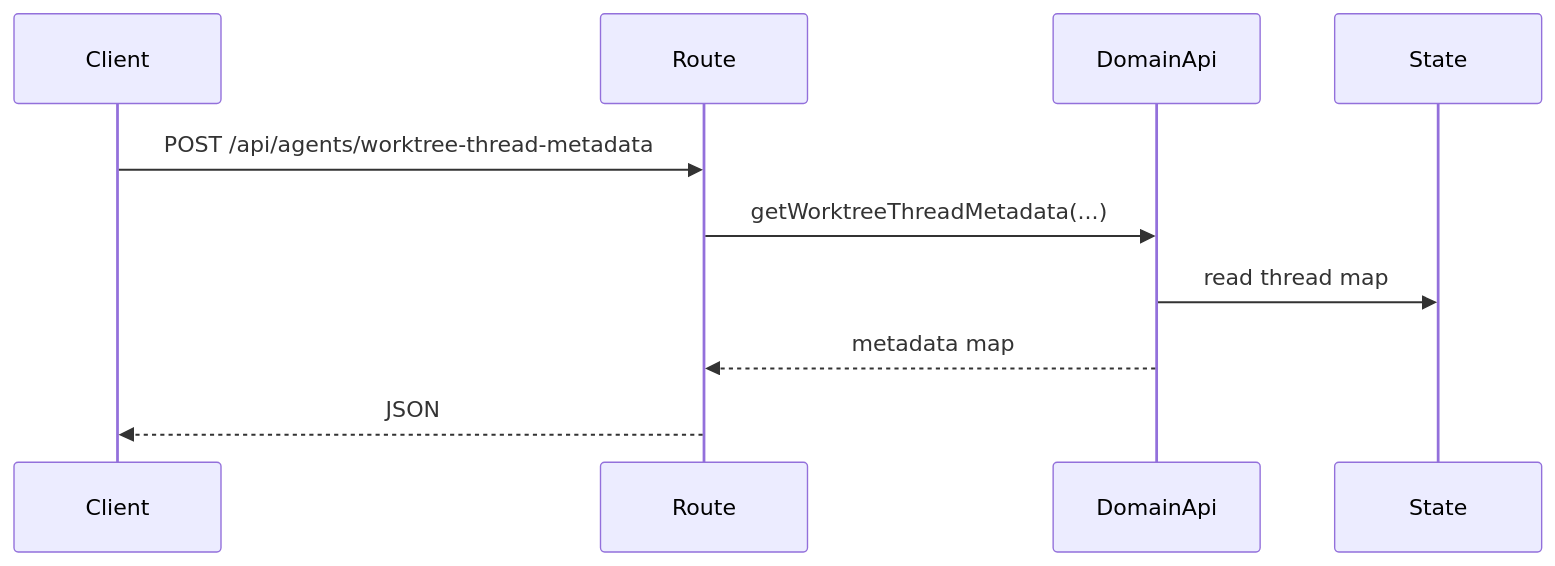
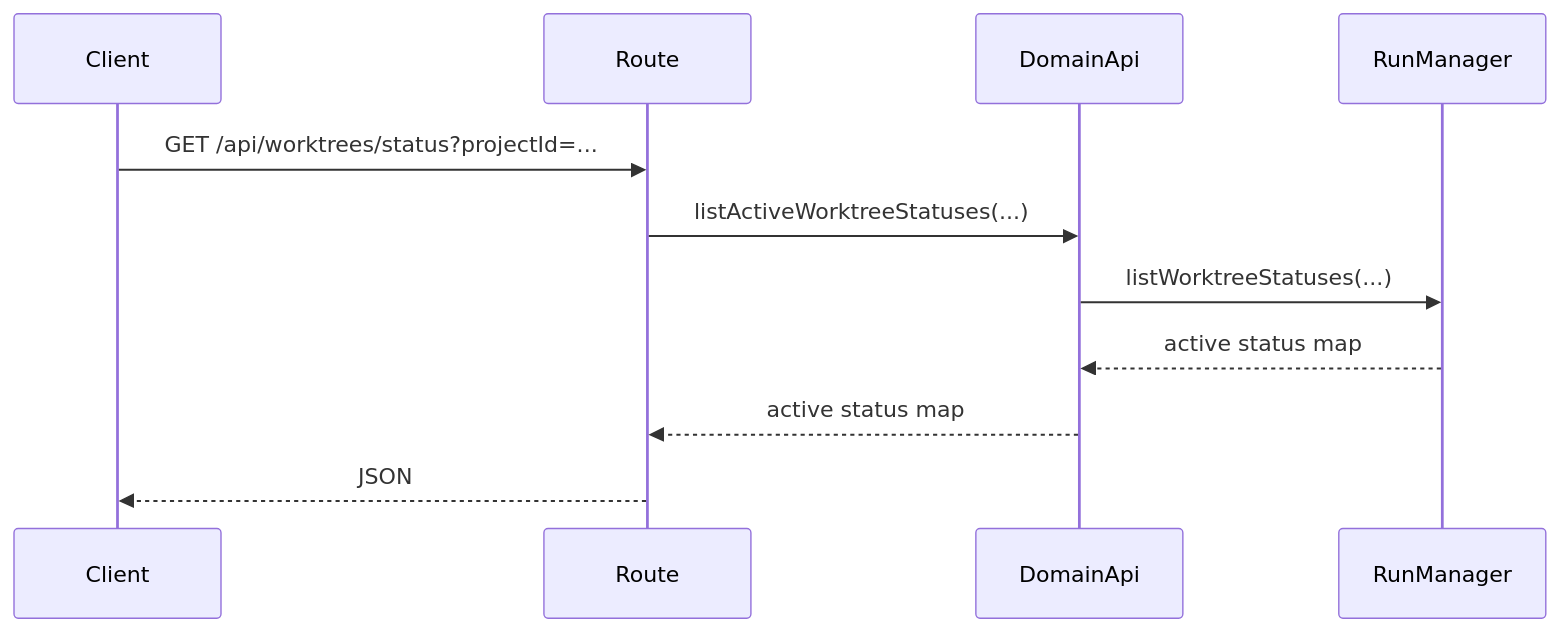
Before and after one commit to TurtleStoffel/tektite-console: the sixth of 7 diagrams in src/backend/domains/agents/README.md, drawn with Mermaid. The commit also changed other lines of this file and 7 other files, not shown here.

````diff
--- a/src/backend/domains/agents/README.md
+++ b/src/backend/domains/agents/README.md
@@ -88,12 +87,13 @@
 ```mermaid
 sequenceDiagram
     participant Client
     participant Route
     participant DomainApi
-    participant State
-    Client->>Route: POST /api/agents/worktree-thread-metadata
-    Route->>DomainApi: getWorktreeThreadMetadata(...)
-    DomainApi->>State: read thread map
-    DomainApi-->>Route: metadata map
+    participant RunManager
+    Client->>Route: GET /api/worktrees/status?projectId=...
+    Route->>DomainApi: listActiveWorktreeStatuses(...)
+    DomainApi->>RunManager: listWorktreeStatuses(...)
+    RunManager-->>DomainApi: active status map
+    DomainApi-->>Route: active status map
     Route-->>Client: JSON
 ```
````
